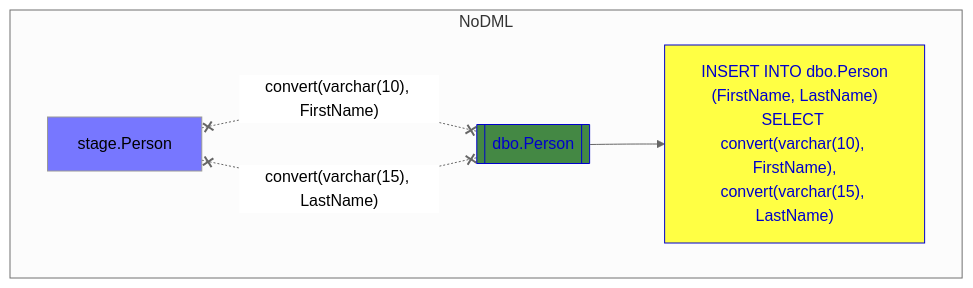
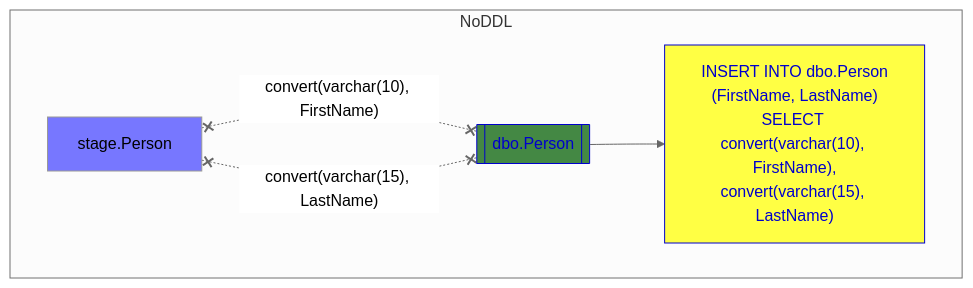
The fourth of 4 diagrams in Tools/SchemaDrift/README.md (willsql4food/LakehouseToolkit), drawn with Mermaid (neutral theme) before and after one commit. The commit also changed other lines of this file, not shown here.

Commit message:
Typo fix DML --> DDL

````diff
--- a/Tools/SchemaDrift/README.md
+++ b/Tools/SchemaDrift/README.md
@@ -88,22 +88,22 @@
 ```mermaid
 flowchart
     classDef focus fill:#ff4, stroke:#00c, color:#00c;
     classDef sproc fill:#77F;
     classDef table fill:#484;
     classDef revtable fill:#484, stroke:#00c, color:#00c;
     classDef unknown fill:#f00, color:#00f;
     classDef external fill:#c6f, stroke:#00c, color:#00c;
 
-    subgraph NoDML
+    subgraph NoDDL
         src[stage.Person]; 
         class src sproc;
         tgt[[dbo.Person]]; 
         class tgt revtable;
         stmt["INSERT INTO dbo.Person\n(FirstName, LastName)\nSELECT convert(varchar(10), FirstName),\nconvert(varchar(15), LastName)"]
         class stmt focus;
 
         src x-."convert(varchar(10), FirstName)".-x tgt
         src x-."convert(varchar(15), LastName)".-x tgt
         tgt --> stmt
     end
 ```
````
